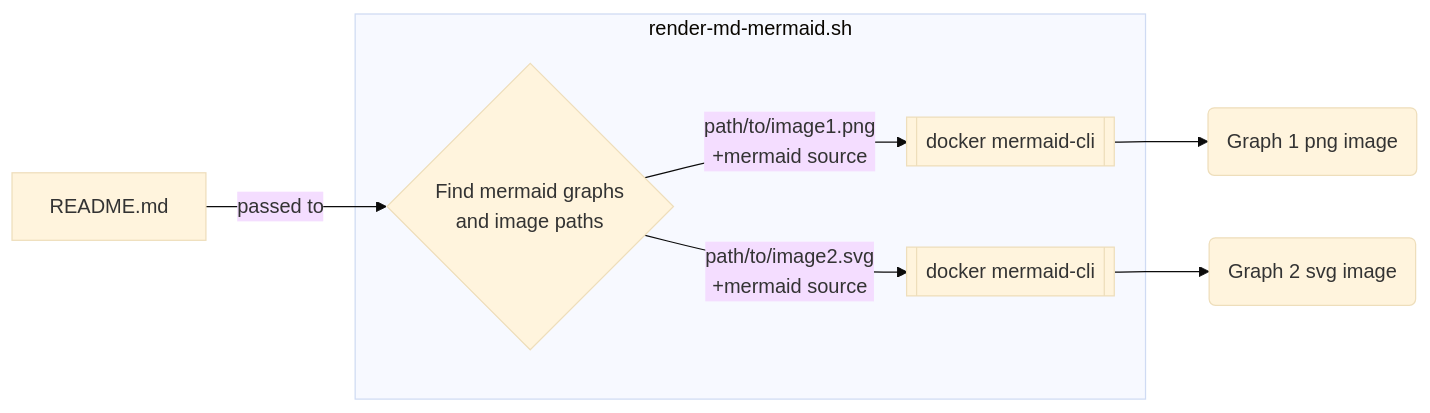
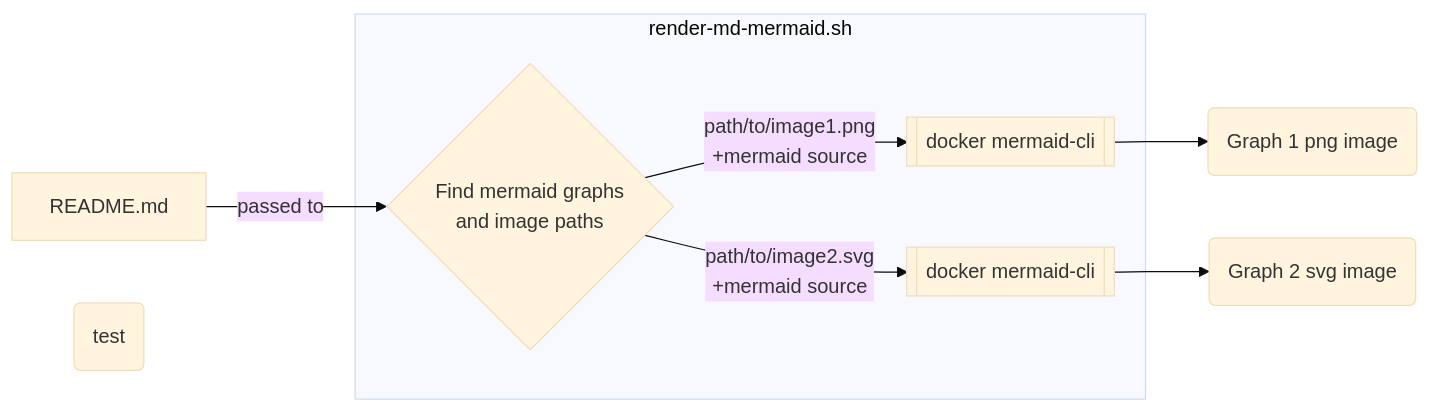
The diagram in test.md (kurt1984/mermaid_plot), drawn with Mermaid (base theme) before and after one commit.

Commit message:
github test action

````diff
--- a/test.md
+++ b/test.md
@@ -7,17 +7,18 @@
 ```mermaid
 graph LR
     A[README.md]
     B{Find mermaid graphs<br>and image paths}
     C[[docker mermaid-cli]]
     D[[docker mermaid-cli]]
     E(Graph 1 png image)
     F(Graph 2 svg image)
+    G(test)
 
     A -->|passed to| B
     subgraph render-md-mermaid.sh
       B --> |path/to/image1.png<br>+mermaid source| C
       B --> |path/to/image2.svg<br>+mermaid source| D
     end
     C --> E
     D --> F
 ```
````
